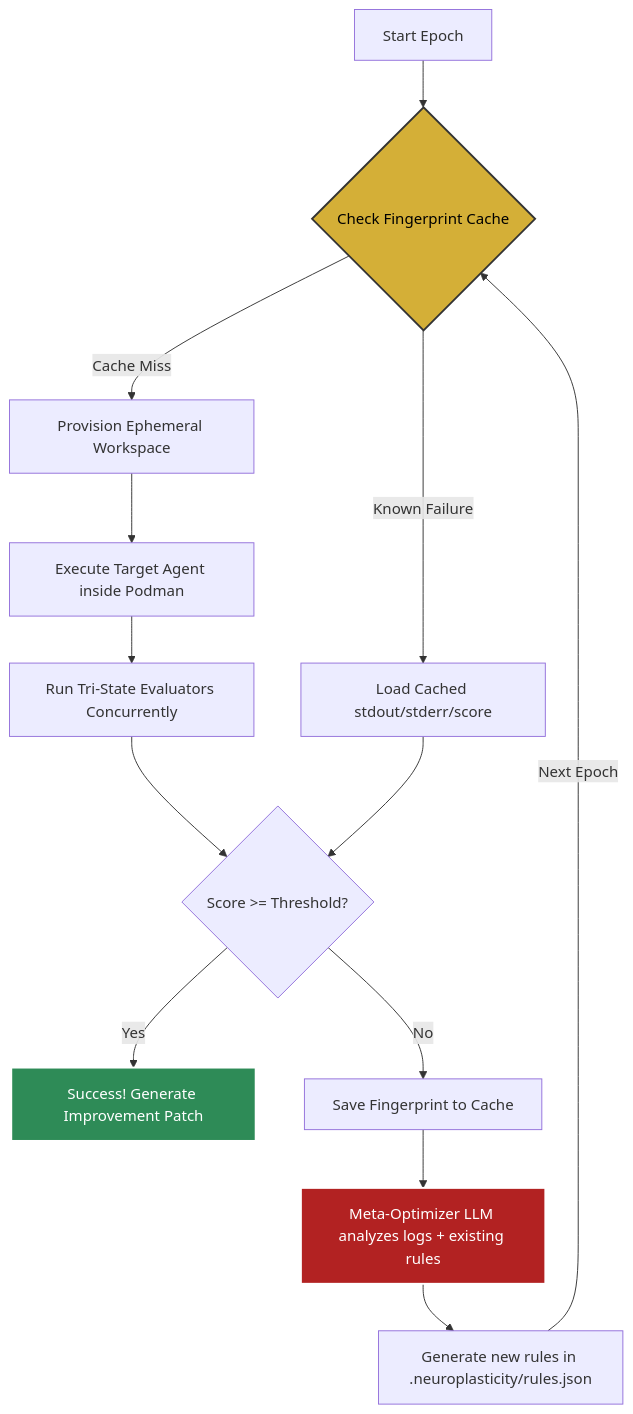
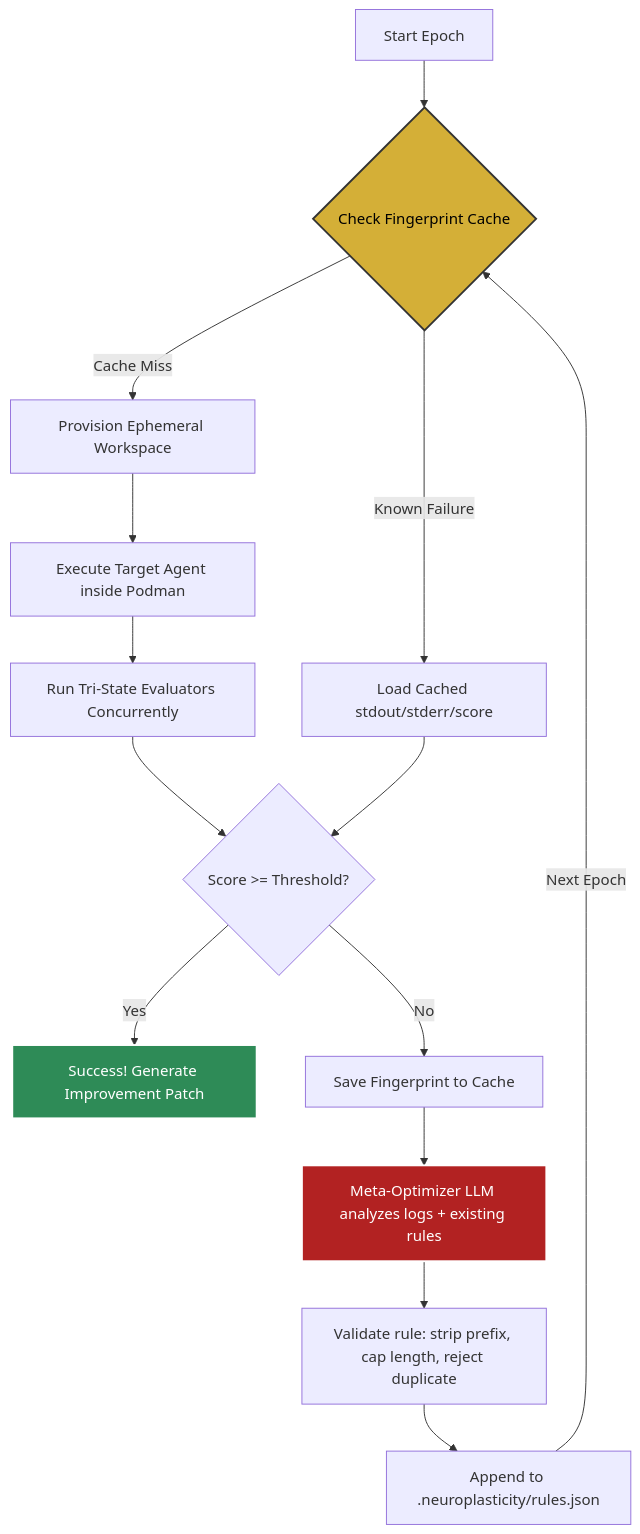
Before and after one commit to Cognilogical/NeuroPlasticity: the first of 4 diagrams in docs/ARCHITECTURE.md, drawn with Mermaid. The commit also changed other lines of this file and 9 other files, not shown here.

````diff
--- a/docs/ARCHITECTURE.md
+++ b/docs/ARCHITECTURE.md
@@ -13,22 +19,23 @@
 ```mermaid
 graph TD
     A[Start Epoch] --> B{Check Fingerprint Cache}
     B -- Known Failure --> C[Load Cached stdout/stderr/score]
     B -- Cache Miss --> D[Provision Ephemeral Workspace]
     D --> E[Execute Target Agent inside Podman]
     E --> F[Run Tri-State Evaluators Concurrently]
     
     F --> G{Score >= Threshold?}
     C --> G
-    
+
     G -- Yes --> H[Success! Generate Improvement Patch]
-    
+
     G -- No --> I[Save Fingerprint to Cache]
     I --> J[Meta-Optimizer LLM analyzes logs + existing rules]
-    J --> K[Generate new rules in .neuroplasticity/rules.json]
-    K --> |Next Epoch| B
+    J --> K[Validate rule: strip prefix, cap length, reject duplicate]
+    K --> L[Append to .neuroplasticity/rules.json]
+    L --> |Next Epoch| B
 
     style H fill:#2e8b57,stroke:#fff,stroke-width:2px,color:#fff
     style J fill:#b22222,stroke:#fff,stroke-width:2px,color:#fff
     style B fill:#d4af37,stroke:#333,stroke-width:2px,color:#000
 ```
````
